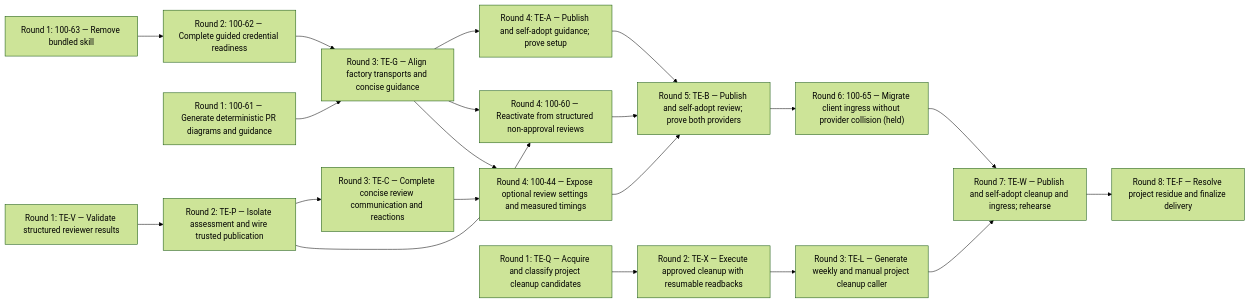
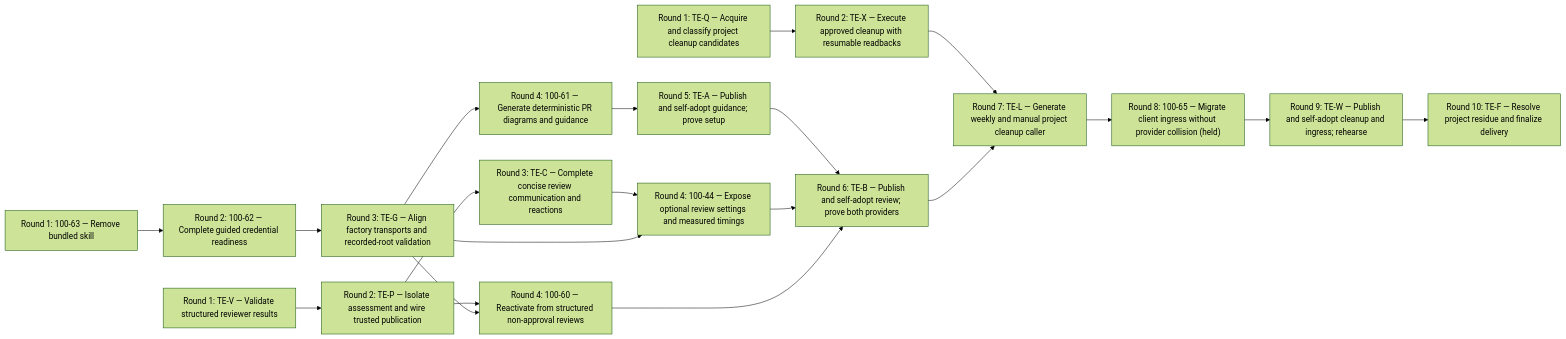
One commit to 1000lines/symphony-client-template changed the diagram in docs/symphony-plans/fan-out-plan-100-67-template-enhancements.mmd. Above: the diagram before and after it, drawn with Mermaid (forest theme). The commit also changed 1 other file, not shown here.

Commit message:
[100-67]: sequence generated inventory and root validation ownership

```diff
--- a/docs/symphony-plans/fan-out-plan-100-67-template-enhancements.mmd
+++ b/docs/symphony-plans/fan-out-plan-100-67-template-enhancements.mmd
@@ -1,38 +1,38 @@
 %% symphony-dag/v1
 flowchart LR
   K["Round 1: 100-63 — Remove bundled skill"]
   O["Round 2: 100-62 — Complete guided credential readiness"]
-  D["Round 1: 100-61 — Generate deterministic PR diagrams and guidance"]
-  G["Round 3: TE-G — Align factory transports and concise guidance"]
-  A["Round 4: TE-A — Publish and self-adopt guidance; prove setup"]
+  D["Round 4: 100-61 — Generate deterministic PR diagrams and guidance"]
+  G["Round 3: TE-G — Align factory transports and recorded-root validation"]
+  A["Round 5: TE-A — Publish and self-adopt guidance; prove setup"]
   V["Round 1: TE-V — Validate structured reviewer results"]
   P["Round 2: TE-P — Isolate assessment and wire trusted publication"]
   C["Round 3: TE-C — Complete concise review communication and reactions"]
   N["Round 4: 100-60 — Reactivate from structured non-approval reviews"]
   T["Round 4: 100-44 — Expose optional review settings and measured timings"]
-  B["Round 5: TE-B — Publish and self-adopt review; prove both providers"]
+  B["Round 6: TE-B — Publish and self-adopt review; prove both providers"]
   Q["Round 1: TE-Q — Acquire and classify project cleanup candidates"]
   X["Round 2: TE-X — Execute approved cleanup with resumable readbacks"]
-  L["Round 3: TE-L — Generate weekly and manual project cleanup caller"]
-  I["Round 6: 100-65 — Migrate client ingress without provider collision (held)"]
-  W["Round 7: TE-W — Publish and self-adopt cleanup and ingress; rehearse"]
-  F["Round 8: TE-F — Resolve project residue and finalize delivery"]
+  L["Round 7: TE-L — Generate weekly and manual project cleanup caller"]
+  I["Round 8: 100-65 — Migrate client ingress without provider collision (held)"]
+  W["Round 9: TE-W — Publish and self-adopt cleanup and ingress; rehearse"]
+  F["Round 10: TE-F — Resolve project residue and finalize delivery"]
   K --> O
   O --> G
-  D --> G
-  G --> A
+  G --> D
+  D --> A
   V --> P
   P --> C
   P --> N
   G --> N
   C --> T
   G --> T
   A --> B
   T --> B
   N --> B
   Q --> X
   X --> L
-  B --> I
+  B --> L
+  L --> I
   I --> W
-  L --> W
   W --> F
```
